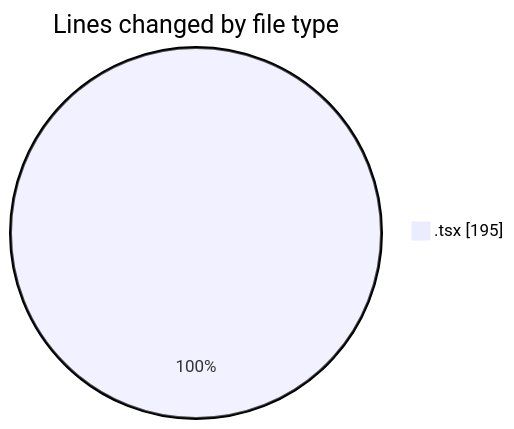
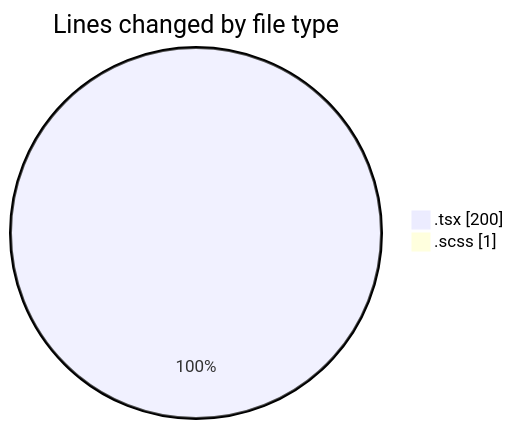
One commit to momahboobian/code-tracking changed the first of 2 diagrams in 2025-03-19/cda/README.md. Above: the diagram before and after it, drawn with Mermaid. The commit also changed other lines of this file and 1 other file, not shown here.

````diff
--- a/2025-03-19/cda/README.md
+++ b/2025-03-19/cda/README.md
@@ -22,5 +23,6 @@
 ```mermaid
 pie showData
 title Lines changed by file type
-".tsx" : 195
+".tsx" : 200
+".scss" : 1
 ```
````
